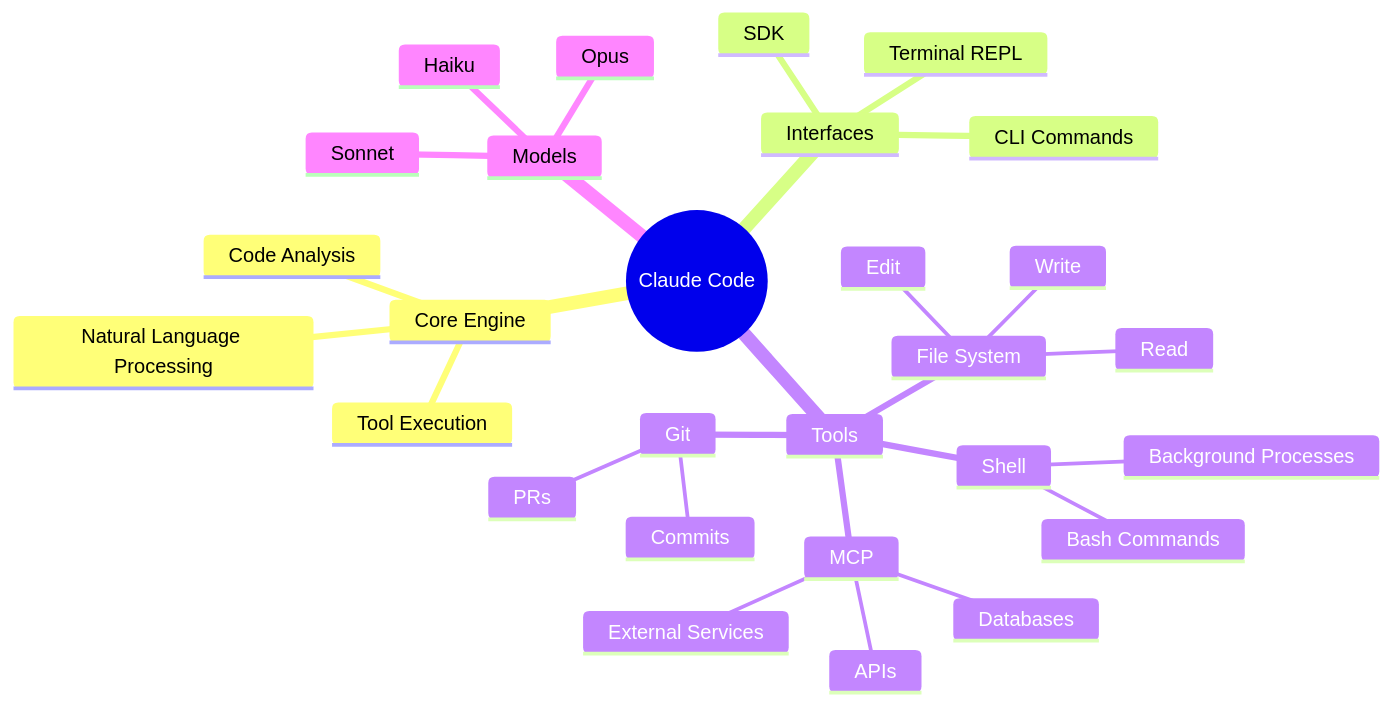
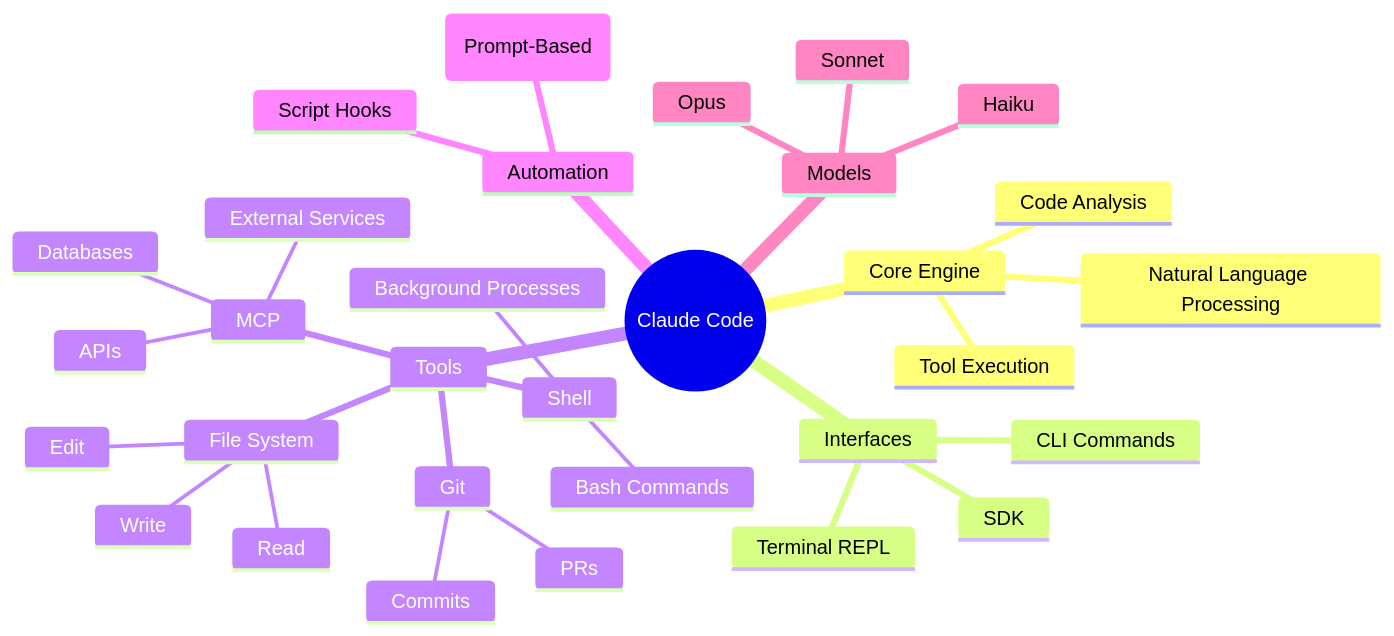
One commit to kareddy-dev/explore changed the third of 13 diagrams in tools/claude-code/claude-code-guide.md. Above: the diagram before and after it, drawn with Mermaid. The commit also changed other lines of this file and 51 other files, not shown here.

````diff
--- a/tools/claude-code/claude-code-guide.md
+++ b/tools/claude-code/claude-code-guide.md
@@ -237,31 +272,34 @@
 ```mermaid
 mindmap
   root((Claude Code))
     Core Engine
       Natural Language Processing
       Code Analysis
       Tool Execution
     Interfaces
       Terminal REPL
       CLI Commands
       SDK
     Tools
       File System
         Read
         Write
         Edit
       Shell
         Bash Commands
         Background Processes
       Git
         Commits
         PRs
       MCP
         External Services
         APIs
         Databases
+    Automation
+      Script Hooks
+      Intelligent Hooks (Prompt-Based)
     Models
       Opus
       Sonnet
       Haiku
 ```
````
